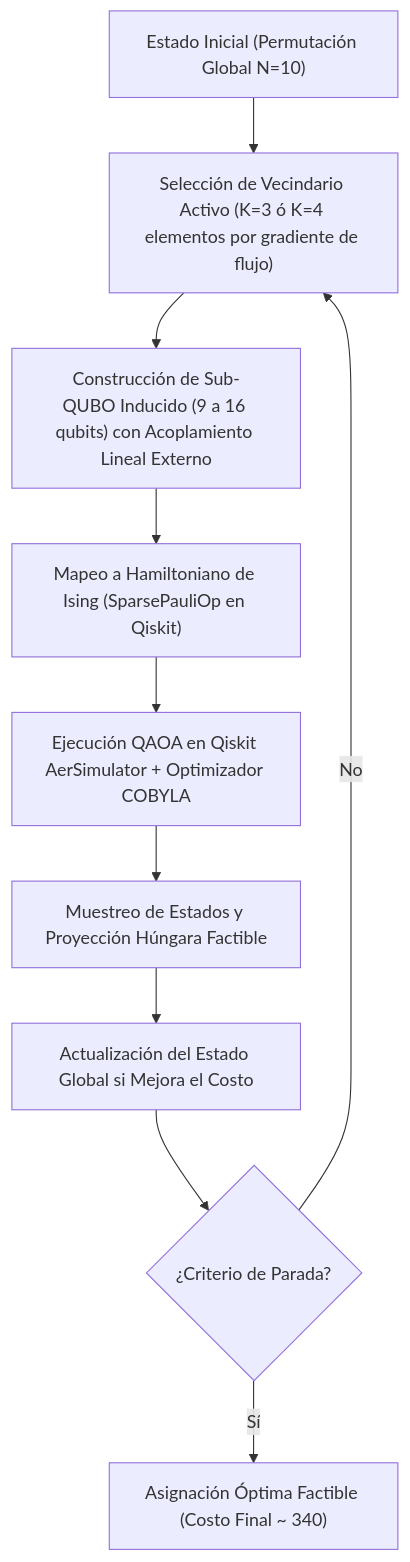
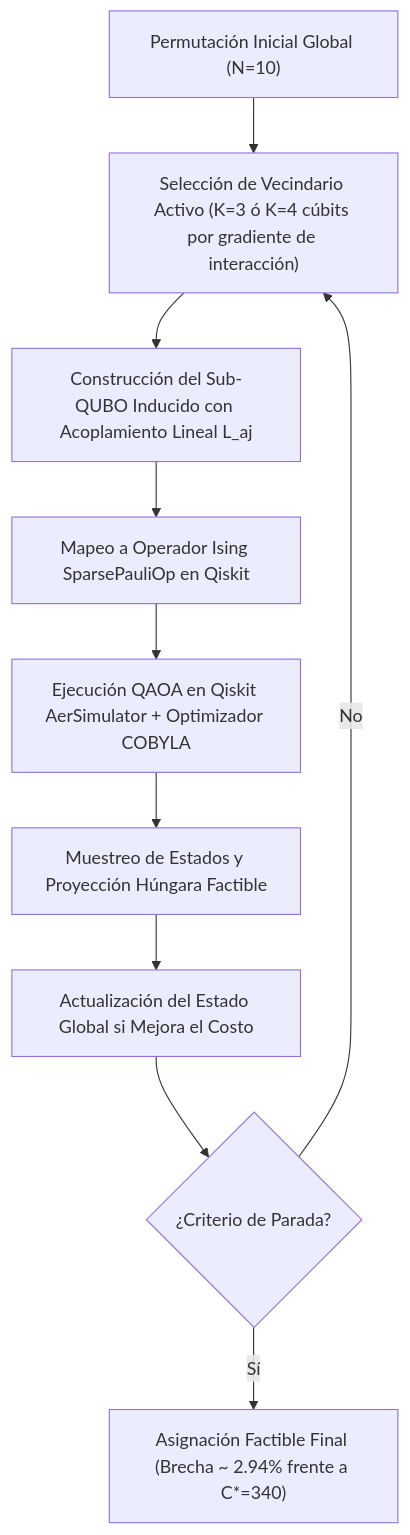
The diagram in README.md (alex8v124/nodux-quantum), drawn with Mermaid before and after one commit. The commit also changed other lines of this file and 7 other files, not shown here.

````diff
--- a/README.md
+++ b/README.md
@@ -41,12 +42,12 @@
 ```mermaid
 flowchart TD
-    A["Estado Inicial (Permutación Global N=10)"] --> B["Selección de Vecindario Activo (K=3 ó K=4 elementos por gradiente de flujo)"]
-    B --> C["Construcción de Sub-QUBO Inducido (9 a 16 qubits) con Acoplamiento Lineal Externo"]
-    C --> D["Mapeo a Hamiltoniano de Ising (SparsePauliOp en Qiskit)"]
+    A["Permutación Inicial Global (N=10)"] --> B["Selección de Vecindario Activo (K=3 ó K=4 cúbits por gradiente de interacción)"]
+    B --> C["Construcción del Sub-QUBO Inducido con Acoplamiento Lineal L_aj"]
+    C --> D["Mapeo a Operador Ising SparsePauliOp en Qiskit"]
     D --> E["Ejecución QAOA en Qiskit AerSimulator + Optimizador COBYLA"]
     E --> F["Muestreo de Estados y Proyección Húngara Factible"]
     F --> G["Actualización del Estado Global si Mejora el Costo"]
     G --> H{"¿Criterio de Parada?"}
     H -- No --> B
-    H -- Sí --> I["Asignación Óptima Factible (Costo Final ~ 340)"]
+    H -- Sí --> I["Asignación Factible Final (Brecha ~ 2.94% frente a C*=340)"]
 ```
````
